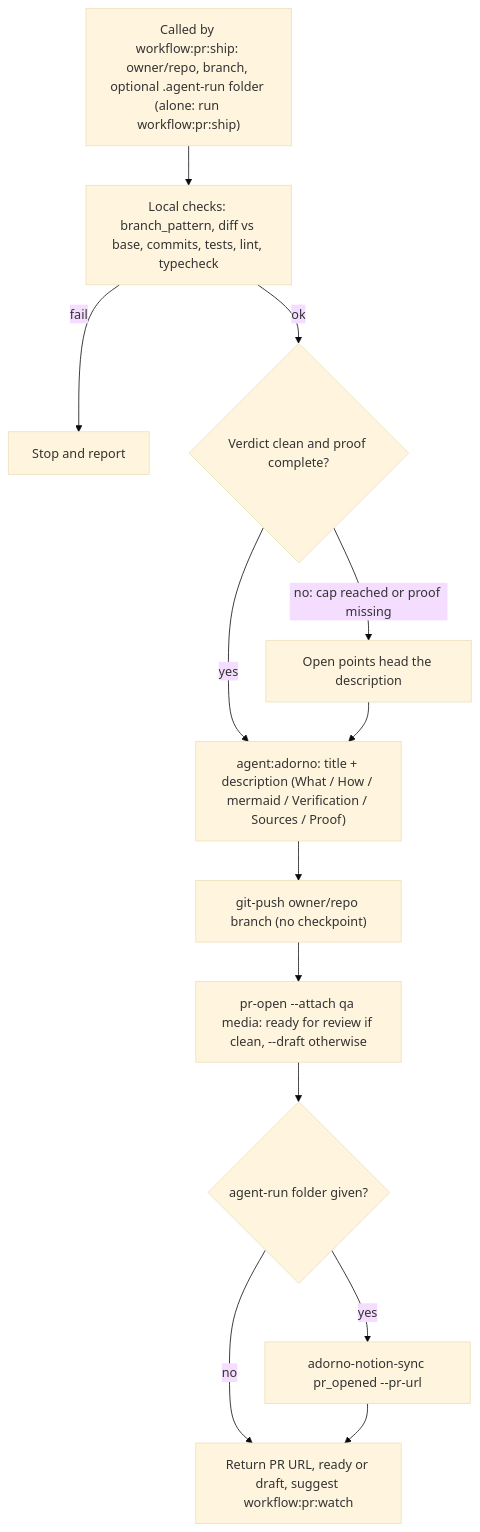
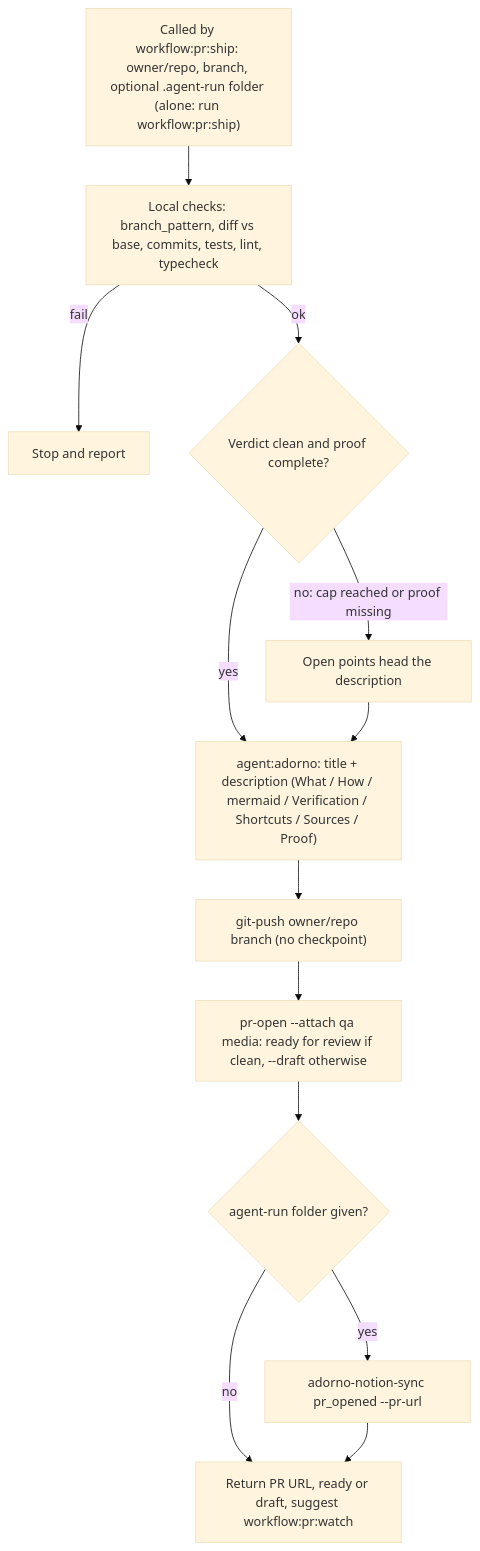
Before and after one commit to nicolasmondain/adorno: the second of 6 diagrams in src/workflows/pr/SCHEMA.md, drawn with Mermaid (base theme). The commit also changed 58 other files, not shown here.

````diff
--- a/src/workflows/pr/SCHEMA.md
+++ b/src/workflows/pr/SCHEMA.md
@@ -26,15 +26,15 @@
 ```mermaid
 flowchart TD
   A["Called by workflow:pr:ship: owner/repo, branch, optional .agent-run folder (alone: run workflow:pr:ship)"] --> C["Local checks: branch_pattern, diff vs base, commits, tests, lint, typecheck"]
   C -->|"fail"| X["Stop and report"]
   C -->|"ok"| G{"Verdict clean and proof complete?"}
-  G -->|"yes"| H["agent:adorno: title + description (What / How / mermaid / Verification / Sources / Proof)"]
+  G -->|"yes"| H["agent:adorno: title + description (What / How / mermaid / Verification / Shortcuts / Sources / Proof)"]
   G -->|"no: cap reached or proof missing"| GH["Open points head the description"]
   GH --> H
   H --> K["git-push owner/repo branch (no checkpoint)"]
   K --> L["pr-open --attach qa media: ready for review if clean, --draft otherwise"]
   L --> NS{"agent-run folder given?"}
   NS -->|"yes"| NP["adorno-notion-sync pr_opened --pr-url"]
   NS -->|"no"| M["Return PR URL, ready or draft, suggest workflow:pr:watch"]
   NP --> M
 ```
````
